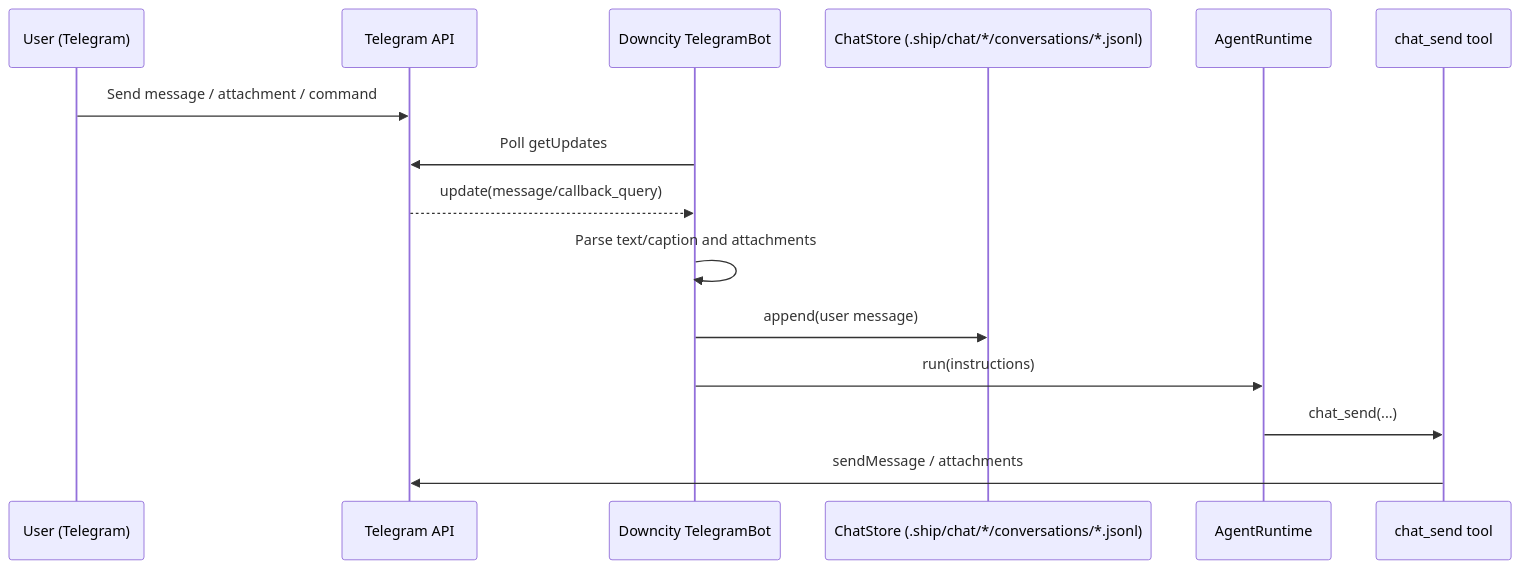
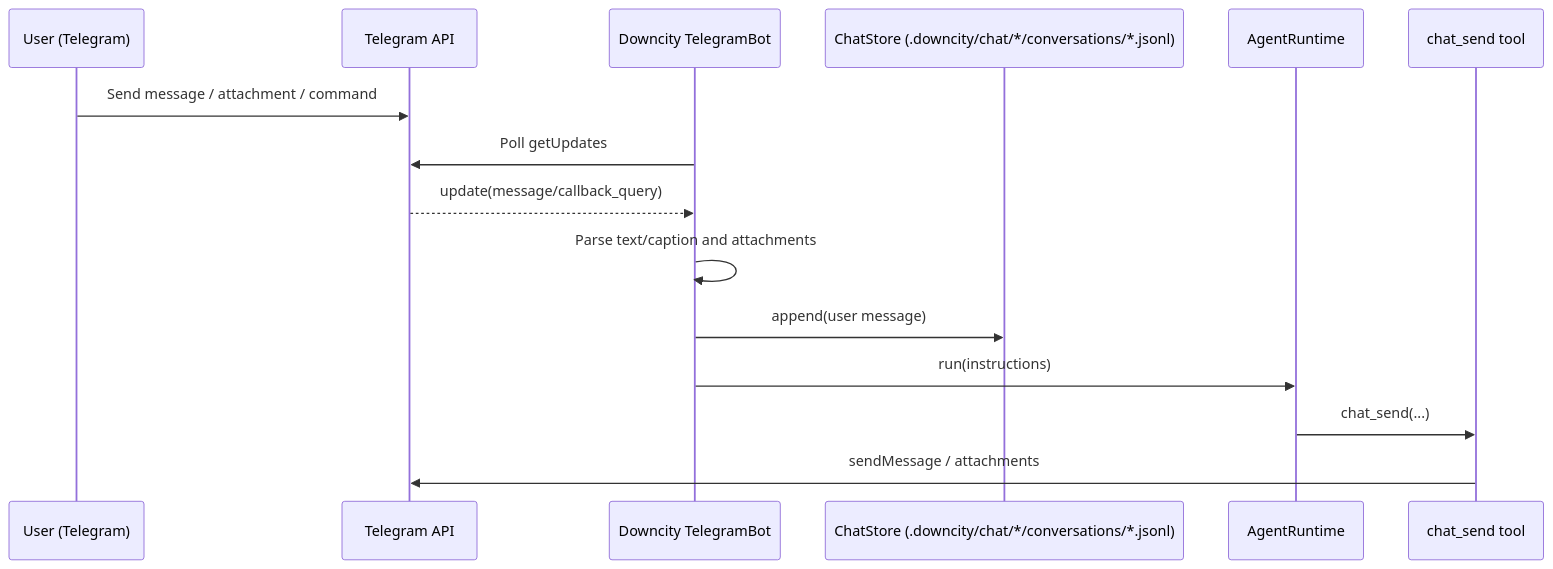
Before and after one commit to wangenius/downcity: the diagram in homepage/content/docs/en/services/chat/telegram-message-flow.mdx, drawn with Mermaid. The commit also changed other lines of this file and 240 other files, not shown here.

````diff
--- a/homepage/content/docs/en/services/chat/telegram-message-flow.mdx
+++ b/homepage/content/docs/en/services/chat/telegram-message-flow.mdx
@@ -16,19 +16,19 @@
 ```mermaid
 sequenceDiagram
   participant U as User (Telegram)
   participant TG as Telegram API
   participant BOT as Downcity TelegramBot
-  participant CS as ChatStore (.ship/chat/*/conversations/*.jsonl)
+  participant CS as ChatStore (.downcity/chat/*/conversations/*.jsonl)
   participant RT as AgentRuntime
   participant T as chat_send tool
 
   U->>TG: Send message / attachment / command
   BOT->>TG: Poll getUpdates
   TG-->>BOT: update(message/callback_query)
 
   BOT->>BOT: Parse text/caption and attachments
   BOT->>CS: append(user message)
   BOT->>RT: run(instructions)
   RT->>T: chat_send(...)
   T->>TG: sendMessage / attachments
 ```
````
